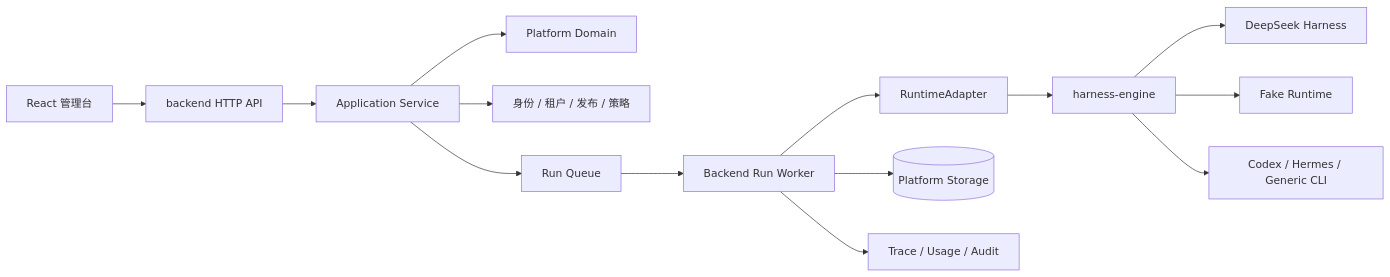
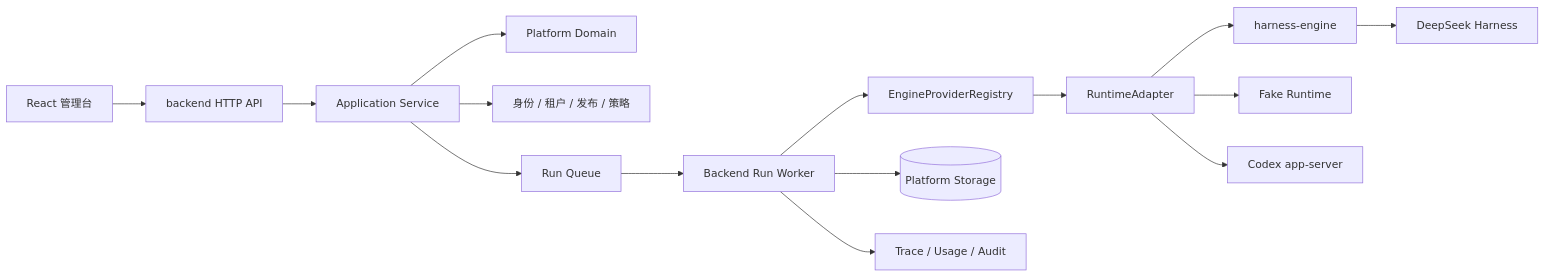
The first of 2 diagrams in docs/后端与Harness引擎关系.md (liulisheng/agentDemo), drawn with Mermaid before and after one commit. The commit also changed other lines of this file and 153 other files, not shown here.

````diff
--- a/docs/后端与Harness引擎关系.md
+++ b/docs/后端与Harness引擎关系.md
@@ -10,16 +10,17 @@
 ```mermaid
 flowchart LR
     UI[React 管理台] --> API[backend HTTP API]
     API --> APP[Application Service]
     APP --> DOMAIN[Platform Domain]
     APP --> POLICY[身份 / 租户 / 发布 / 策略]
     APP --> QUEUE[Run Queue]
     QUEUE --> WORKER[Backend Run Worker]
-    WORKER --> ADAPTER[RuntimeAdapter]
+    WORKER --> REGISTRY[EngineProviderRegistry]
+    REGISTRY --> ADAPTER[RuntimeAdapter]
     ADAPTER --> HE[harness-engine]
     HE --> DS[DeepSeek Harness]
-    HE --> FAKE[Fake Runtime]
-    HE --> FUTURE[Codex / Hermes / Generic CLI]
+    ADAPTER --> FAKE[Fake Runtime]
+    ADAPTER --> CODEX[Codex app-server]
     WORKER --> DB[(Platform Storage)]
     WORKER --> OBS[Trace / Usage / Audit]
 ```
````
